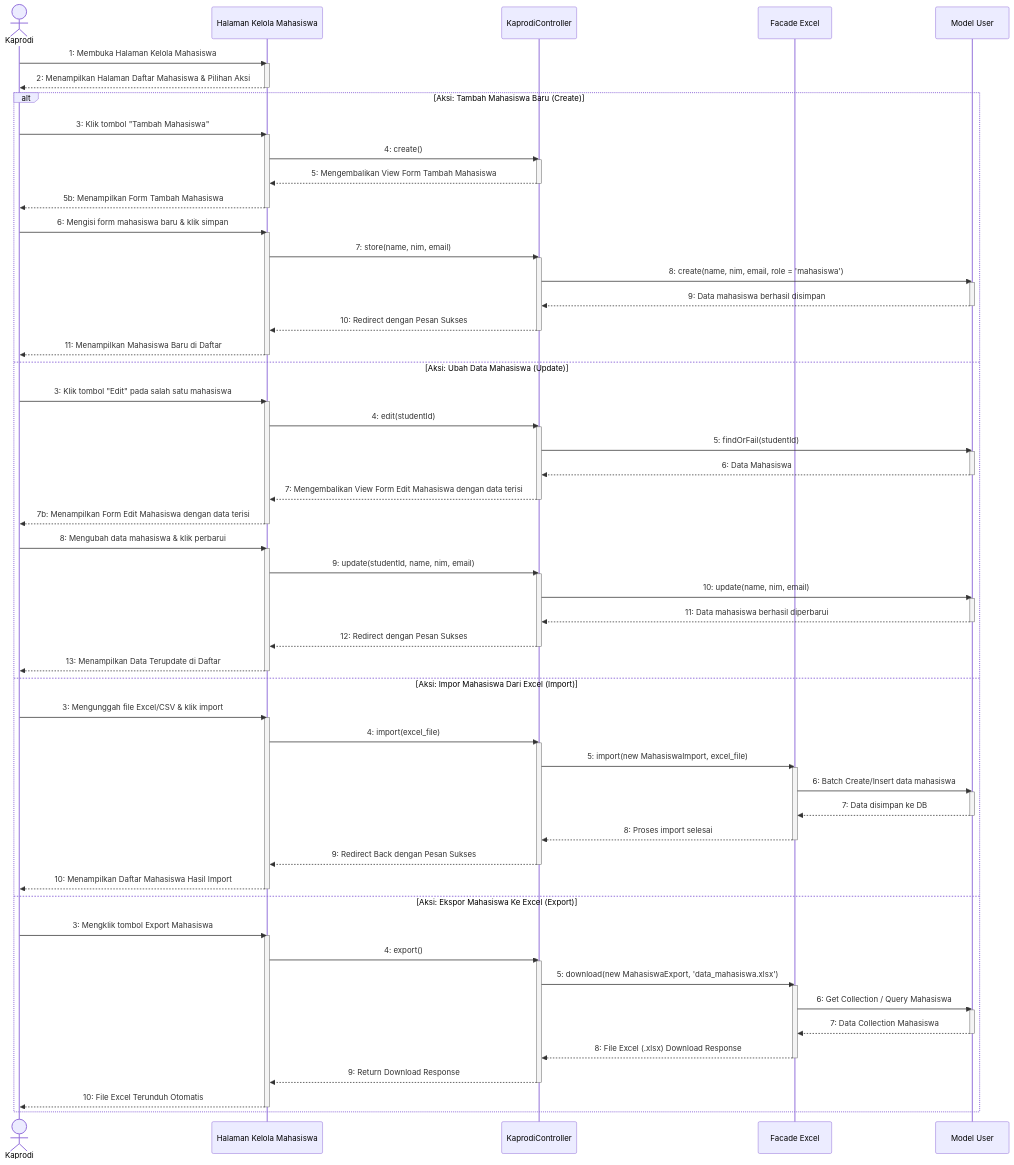
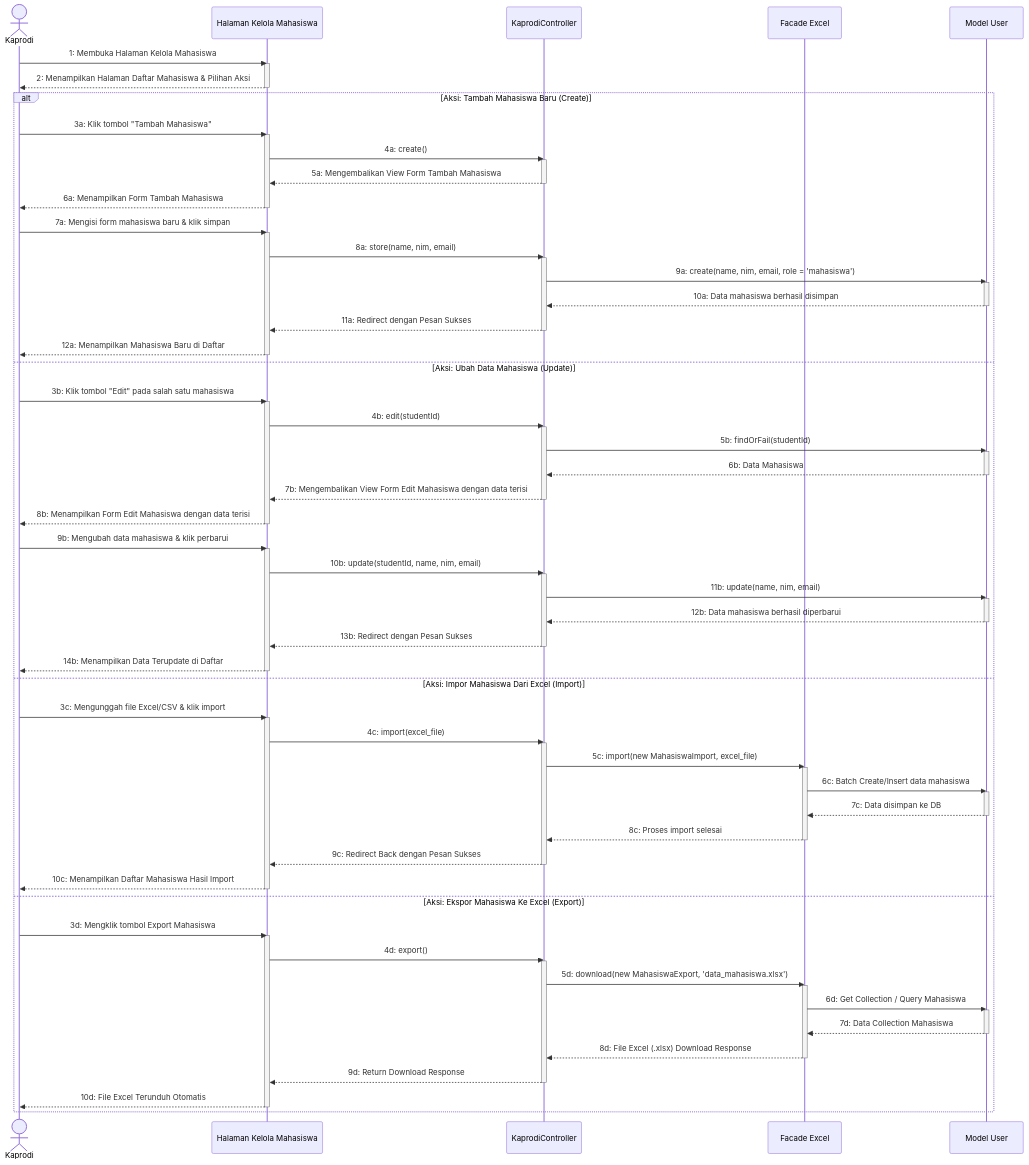
Before and after one commit to Duandi04/ta_submission: the diagram in docs/uml/Sequence Diagram/Kaprodi/sequence_diagram_kelola_mahasiswa.md, drawn with Mermaid. The commit also changed 7 other files, not shown here.

Commit message:
refactor: reindex sequence diagram step identifiers for consistency across all user and administrative flows

````diff
--- a/docs/uml/Sequence Diagram/Kaprodi/sequence_diagram_kelola_mahasiswa.md
+++ b/docs/uml/Sequence Diagram/Kaprodi/sequence_diagram_kelola_mahasiswa.md
@@ -22,89 +22,89 @@
     %% TAHAP LANJUTAN: PILIHAN TINDAKAN (ALT BLOCK)
     %% ==========================================
     alt Aksi: Tambah Mahasiswa Baru (Create)
-        Kaprodi->>UI: 3: Klik tombol "Tambah Mahasiswa"
+        Kaprodi->>UI: 3a: Klik tombol "Tambah Mahasiswa"
         activate UI
-        UI->>Ctrl: 4: create()
+        UI->>Ctrl: 4a: create()
         activate Ctrl
-        Ctrl-->>UI: 5: Mengembalikan View Form Tambah Mahasiswa
+        Ctrl-->>UI: 5a: Mengembalikan View Form Tambah Mahasiswa
         deactivate Ctrl
-        UI-->>Kaprodi: 5b: Menampilkan Form Tambah Mahasiswa
+        UI-->>Kaprodi: 6a: Menampilkan Form Tambah Mahasiswa
         deactivate UI
         
-        Kaprodi->>UI: 6: Mengisi form mahasiswa baru & klik simpan
+        Kaprodi->>UI: 7a: Mengisi form mahasiswa baru & klik simpan
         activate UI
-        UI->>Ctrl: 7: store(name, nim, email)
+        UI->>Ctrl: 8a: store(name, nim, email)
         activate Ctrl
-        Ctrl->>Model: 8: create(name, nim, email, role = 'mahasiswa')
+        Ctrl->>Model: 9a: create(name, nim, email, role = 'mahasiswa')
         activate Model
-        Model-->>Ctrl: 9: Data mahasiswa berhasil disimpan
+        Model-->>Ctrl: 10a: Data mahasiswa berhasil disimpan
         deactivate Model
-        Ctrl-->>UI: 10: Redirect dengan Pesan Sukses
+        Ctrl-->>UI: 11a: Redirect dengan Pesan Sukses
         deactivate Ctrl
-        UI-->>Kaprodi: 11: Menampilkan Mahasiswa Baru di Daftar
+        UI-->>Kaprodi: 12a: Menampilkan Mahasiswa Baru di Daftar
         deactivate UI
 
     else Aksi: Ubah Data Mahasiswa (Update)
-        Kaprodi->>UI: 3: Klik tombol "Edit" pada salah satu mahasiswa
+        Kaprodi->>UI: 3b: Klik tombol "Edit" pada salah satu mahasiswa
         activate UI
-        UI->>Ctrl: 4: edit(studentId)
+        UI->>Ctrl: 4b: edit(studentId)
         activate Ctrl
-        Ctrl->>Model: 5: findOrFail(studentId)
+        Ctrl->>Model: 5b: findOrFail(studentId)
         activate Model
-        Model-->>Ctrl: 6: Data Mahasiswa
+        Model-->>Ctrl: 6b: Data Mahasiswa
         deactivate Model
-        Ctrl-->>UI: 7: Mengembalikan View Form Edit Mahasiswa dengan data terisi
+        Ctrl-->>UI: 7b: Mengembalikan View Form Edit Mahasiswa dengan data terisi
         deactivate Ctrl
-        UI-->>Kaprodi: 7b: Menampilkan Form Edit Mahasiswa dengan data terisi
+        UI-->>Kaprodi: 8b: Menampilkan Form Edit Mahasiswa dengan data terisi
         deactivate UI
 
-        Kaprodi->>UI: 8: Mengubah data mahasiswa & klik perbarui
+        Kaprodi->>UI: 9b: Mengubah data mahasiswa & klik perbarui
         activate UI
-        UI->>Ctrl: 9: update(studentId, name, nim, email)
+        UI->>Ctrl: 10b: update(studentId, name, nim, email)
         activate Ctrl
-        Ctrl->>Model: 10: update(name, nim, email)
+        Ctrl->>Model: 11b: update(name, nim, email)
         activate Model
-        Model-->>Ctrl: 11: Data mahasiswa berhasil diperbarui
+        Model-->>Ctrl: 12b: Data mahasiswa berhasil diperbarui
         deactivate Model
-        Ctrl-->>UI: 12: Redirect dengan Pesan Sukses
+        Ctrl-->>UI: 13b: Redirect dengan Pesan Sukses
         deactivate Ctrl
-        UI-->>Kaprodi: 13: Menampilkan Data Terupdate di Daftar
+        UI-->>Kaprodi: 14b: Menampilkan Data Terupdate di Daftar
         deactivate UI
 
     else Aksi: Impor Mahasiswa Dari Excel (Import)
-        Kaprodi->>UI: 3: Mengunggah file Excel/CSV & klik import
+        Kaprodi->>UI: 3c: Mengunggah file Excel/CSV & klik import
         activate UI
-        UI->>Ctrl: 4: import(excel_file)
+        UI->>Ctrl: 4c: import(excel_file)
         activate Ctrl
-        Ctrl->>Excel: 5: import(new MahasiswaImport, excel_file)
+        Ctrl->>Excel: 5c: import(new MahasiswaImport, excel_file)
         activate Excel
-        Excel->>Model: 6: Batch Create/Insert data mahasiswa
+        Excel->>Model: 6c: Batch Create/Insert data mahasiswa
         activate Model
-        Model-->>Excel: 7: Data disimpan ke DB
+        Model-->>Excel: 7c: Data disimpan ke DB
         deactivate Model
-        Excel-->>Ctrl: 8: Proses import selesai
+        Excel-->>Ctrl: 8c: Proses import selesai
         deactivate Excel
-        Ctrl-->>UI: 9: Redirect Back dengan Pesan Sukses
+        Ctrl-->>UI: 9c: Redirect Back dengan Pesan Sukses
         deactivate Ctrl
-        UI-->>Kaprodi: 10: Menampilkan Daftar Mahasiswa Hasil Import
+        UI-->>Kaprodi: 10c: Menampilkan Daftar Mahasiswa Hasil Import
         deactivate UI
 
     else Aksi: Ekspor Mahasiswa Ke Excel (Export)
-        Kaprodi->>UI: 3: Mengklik tombol Export Mahasiswa
+        Kaprodi->>UI: 3d: Mengklik tombol Export Mahasiswa
         activate UI
-        UI->>Ctrl: 4: export()
+        UI->>Ctrl: 4d: export()
         activate Ctrl
-        Ctrl->>Excel: 5: download(new MahasiswaExport, 'data_mahasiswa.xlsx')
+        Ctrl->>Excel: 5d: download(new MahasiswaExport, 'data_mahasiswa.xlsx')
         activate Excel
-        Excel->>Model: 6: Get Collection / Query Mahasiswa
+        Excel->>Model: 6d: Get Collection / Query Mahasiswa
         activate Model
-        Model-->>Excel: 7: Data Collection Mahasiswa
+        Model-->>Excel: 7d: Data Collection Mahasiswa
         deactivate Model
-        Excel-->>Ctrl: 8: File Excel (.xlsx) Download Response
+        Excel-->>Ctrl: 8d: File Excel (.xlsx) Download Response
         deactivate Excel
-        Ctrl-->>UI: 9: Return Download Response
+        Ctrl-->>UI: 9d: Return Download Response
         deactivate Ctrl
-        UI-->>Kaprodi: 10: File Excel Terunduh Otomatis
+        UI-->>Kaprodi: 10d: File Excel Terunduh Otomatis
         deactivate UI
     end
 ```
````
